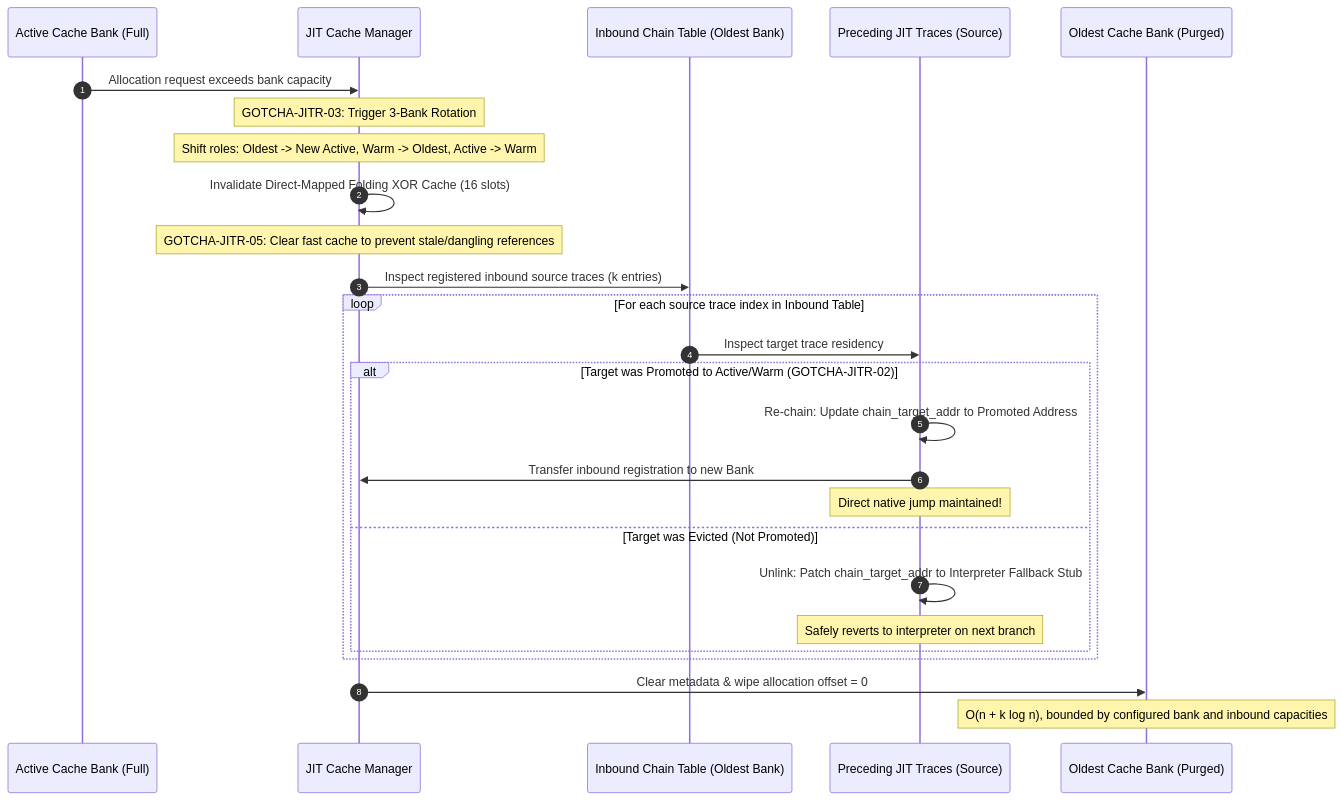
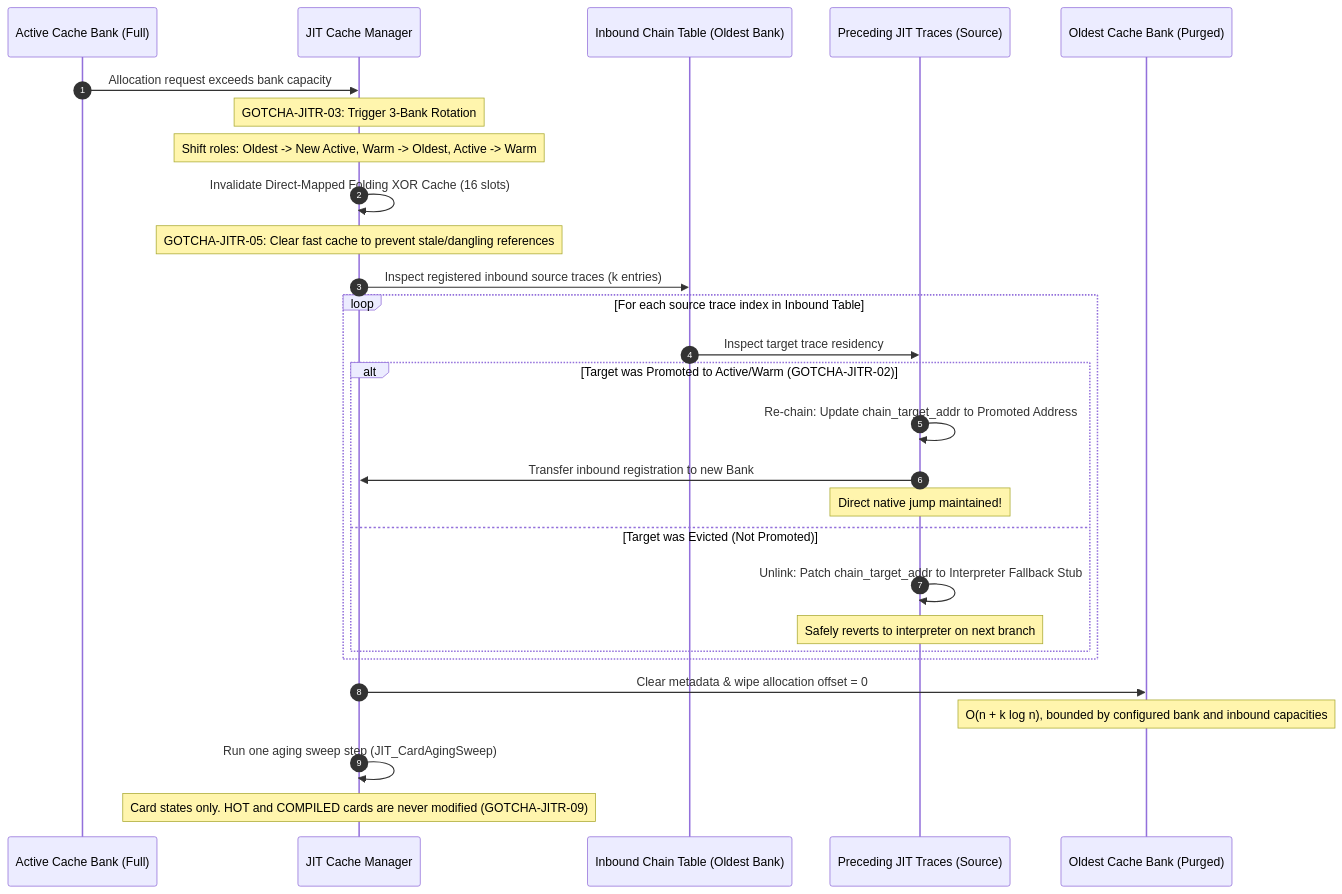
One commit to kmt-t/fireball changed the fourth of 6 diagrams in docs/components/tier3_jit/jit_runtime.md. Above: the diagram before and after it, drawn with Mermaid. The commit also changed other lines of this file and 16 other files, not shown here.

First line of the commit message:
Add JIT card aging sweep driven by bank rotation and its benchmark

````diff
--- a/docs/components/tier3_jit/jit_runtime.md
+++ b/docs/components/tier3_jit/jit_runtime.md
@@ -141,32 +190,35 @@
 ```mermaid
 sequenceDiagram
     autonumber
     participant Active as Active Cache Bank (Full)
     participant Mgr as JIT Cache Manager
     participant Inbound as Inbound Chain Table (Oldest Bank)
     participant Source as Preceding JIT Traces (Source)
     participant Oldest as Oldest Cache Bank (Purged)
 
     Active->>Mgr: Allocation request exceeds bank capacity
     Note over Mgr: GOTCHA-JITR-03: Trigger 3-Bank Rotation
     Note over Mgr: Shift roles: Oldest -> New Active, Warm -> Oldest, Active -> Warm
 
     Mgr->>Mgr: Invalidate Direct-Mapped Folding XOR Cache (16 slots)
     Note over Mgr: GOTCHA-JITR-05: Clear fast cache to prevent stale/dangling references
 
     Mgr->>Inbound: Inspect registered inbound source traces (k entries)
     loop For each source trace index in Inbound Table
         Inbound->>Source: Inspect target trace residency
         alt Target was Promoted to Active/Warm (GOTCHA-JITR-02)
             Source->>Source: Re-chain: Update chain_target_addr to Promoted Address
             Source->>Mgr: Transfer inbound registration to new Bank
             Note over Source: Direct native jump maintained!
         else Target was Evicted (Not Promoted)
             Source->>Source: Unlink: Patch chain_target_addr to Interpreter Fallback Stub
             Note over Source: Safely reverts to interpreter on next branch
         end
     end
 
     Mgr->>Oldest: Clear metadata & wipe allocation offset = 0
     Note over Oldest: O(n + k log n), bounded by configured bank and inbound capacities
+
+    Mgr->>Mgr: Run one aging sweep step (JIT_CardAgingSweep)
+    Note over Mgr: Card states only. HOT and COMPILED cards are never modified (GOTCHA-JITR-09)
 ```
````
